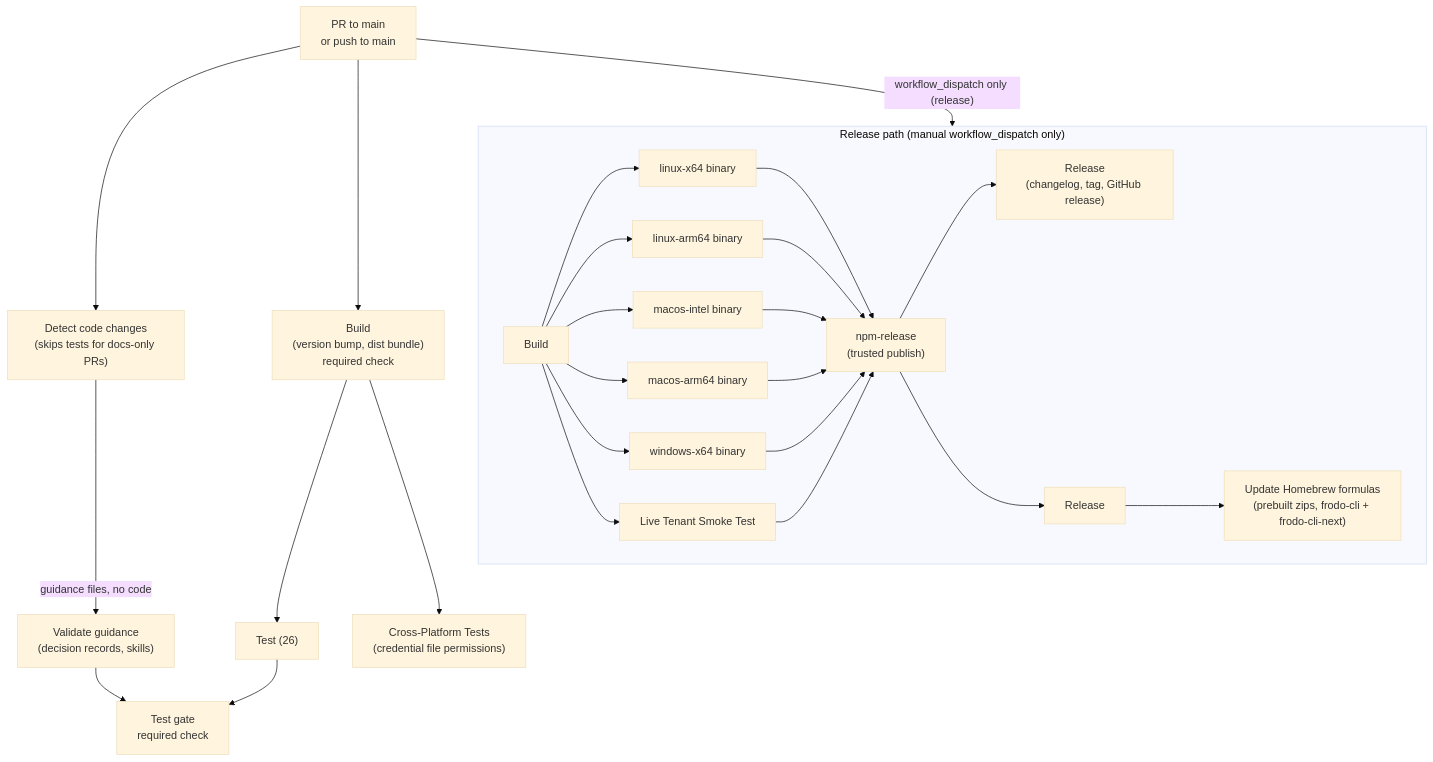
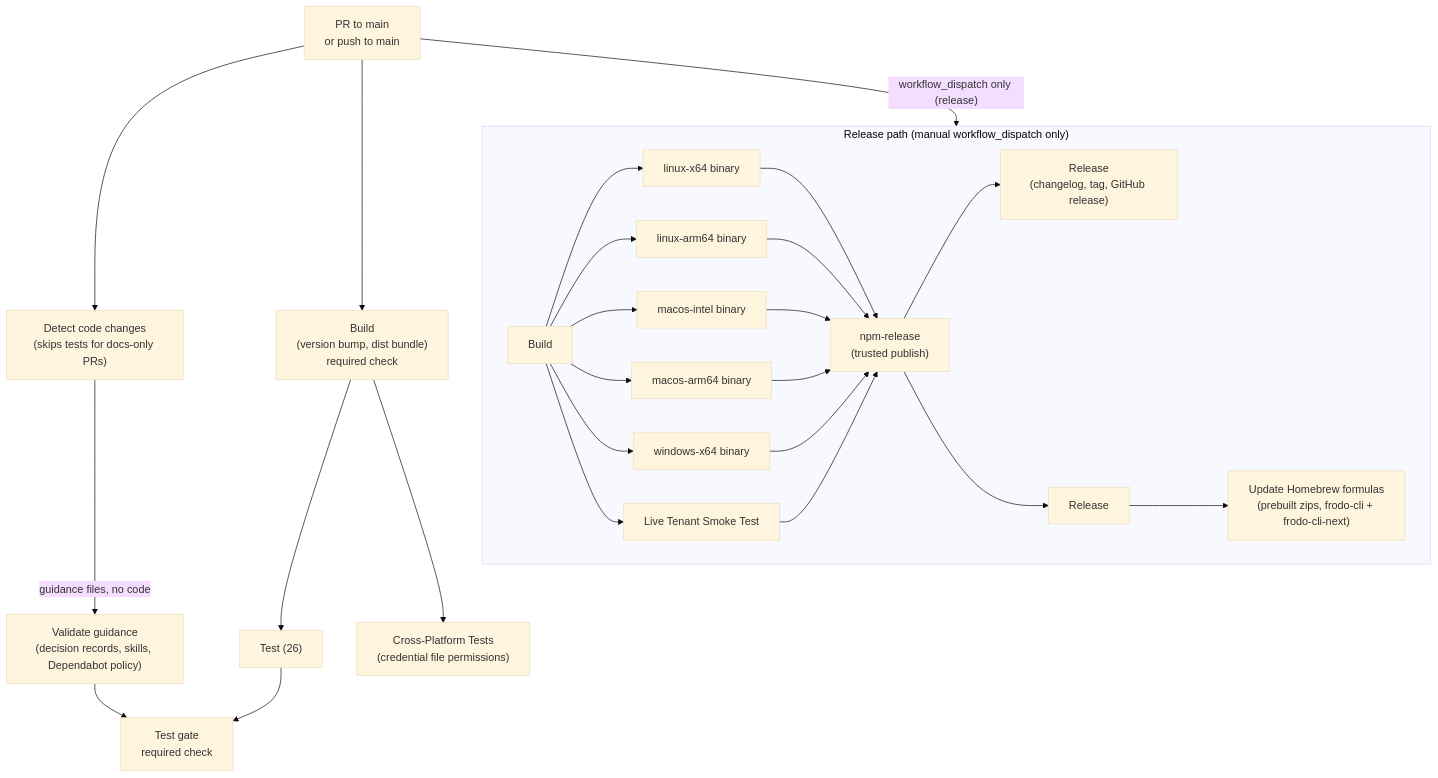
One commit to rockcarver/frodo-cli changed the diagram in docs/PIPELINE.md. Above: the diagram before and after it, drawn with Mermaid (base theme). The commit also changed other lines of this file and 5 other files, not shown here.

First line of the commit message:
ci: run the Dependabot policy tests when only the policy files change

````diff
--- a/docs/PIPELINE.md
+++ b/docs/PIPELINE.md
@@ -14,25 +14,25 @@
 ```mermaid
 flowchart TD
     PR["PR to main<br/>or push to main"] --> CH["Detect code changes<br/>(skips tests for docs-only PRs)"]
-    CH -->|"guidance files, no code"| G["Validate guidance<br/>(decision records, skills)"]
+    CH -->|"guidance files, no code"| G["Validate guidance<br/>(decision records, skills, Dependabot policy)"]
     PR --> B["Build<br/>(version bump, dist bundle)<br/>required check"]
     B --> T["Test (26)"]
     B --> X["Cross-Platform Tests<br/>(credential file permissions)"]
     T --> TG["Test gate<br/>required check"]
     G --> TG
     PR -->|"workflow_dispatch only (release)"| RELPATH["Release path"]
 
     subgraph RELPATH ["Release path (manual workflow_dispatch only)"]
         B2["Build"] --> TL["Live Tenant Smoke Test"]
         B2 --> LX["linux-x64 binary"]
         B2 --> LA["linux-arm64 binary"]
         B2 --> MI["macos-intel binary"]
         B2 --> MA["macos-arm64 binary"]
         B2 --> WI["windows-x64 binary"]
         LX & LA & MI & MA & WI --> NR["npm-release<br/>(trusted publish)"]
         TL --> NR
         NR --> R["Release<br/>(changelog, tag, GitHub release)"]
         R2["Release"] --> HB["Update Homebrew formulas<br/>(prebuilt zips, frodo-cli + frodo-cli-next)"]
         NR --> R2
     end
 ```
````
